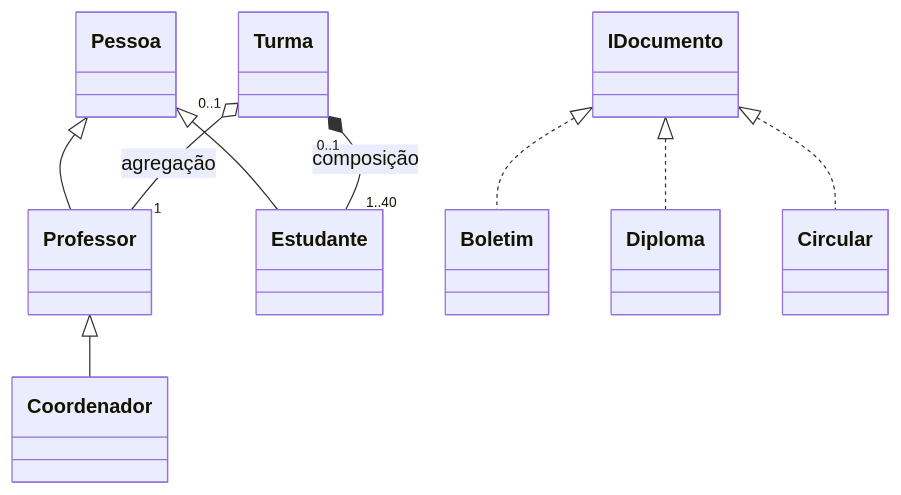
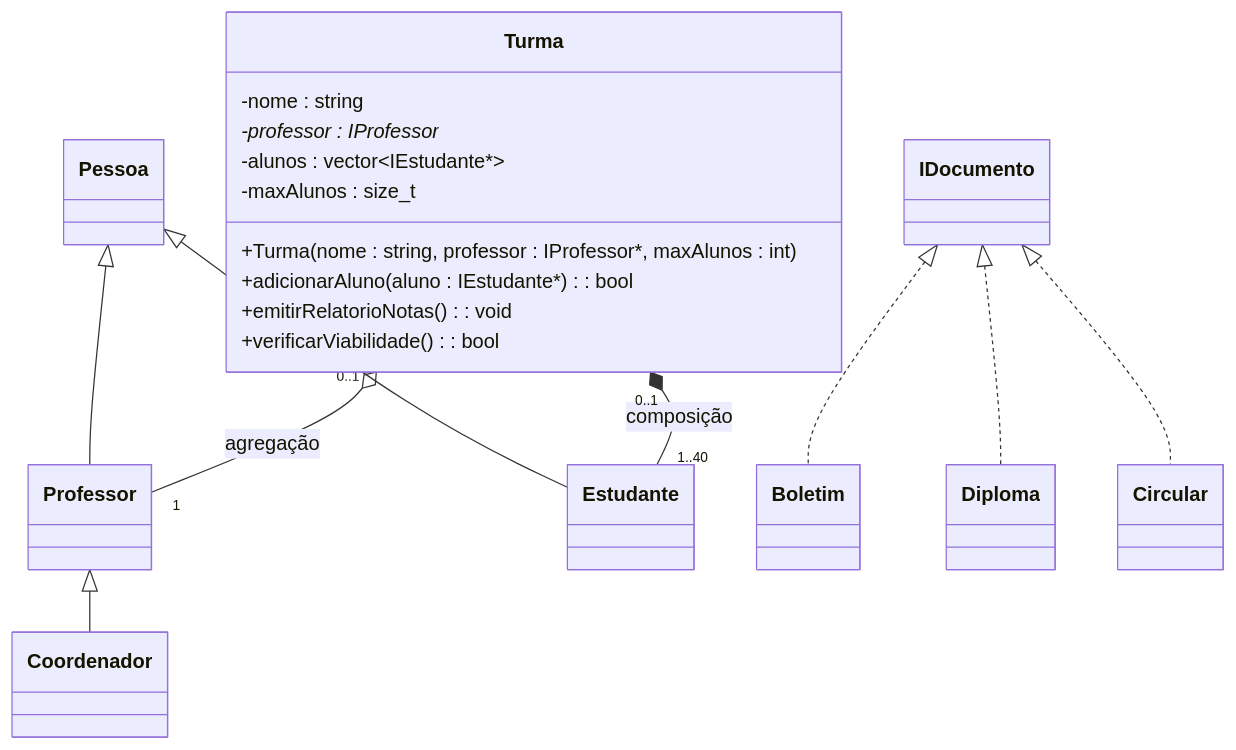
Before and after one commit to educsantos/sga: the diagram in docs/diagrama_de_classe.mermaid, drawn with Mermaid.

Commit message:
Alterado o diagrama de classe. Acrescentei a definição da classe Turma.

```diff
--- a/docs/diagrama_de_classe.mermaid
+++ b/docs/diagrama_de_classe.mermaid
@@ -1,17 +1,29 @@
 classDiagram
 
 Pessoa <|-- Professor
 Pessoa <|-- Estudante
 Professor <|-- Coordenador
 Turma "0..1" o-- "1" Professor : agregação
 Turma "0..1" *-- "1..40" Estudante : composição
 
 %% Comentário: Uma turma é considerada viável se tiver pelo menos 20 estudantes matriculados.
   %% Essa lógica será implementada no método verificarViabilidade() da classe Turma.
 
 %% Documentos do Estudante
 IDocumento <|.. Boletim
 IDocumento <|.. Diploma
 
 %% Documentos Institucionais
 IDocumento <|.. Circular
+
+
+    class Turma {
+        -nome : string
+        -professor : IProfessor*
+        -alunos : vector~IEstudante*~
+        -maxAlunos : size_t
+        +Turma(nome : string, professor : IProfessor*, maxAlunos : int)
+        +adicionarAluno(aluno : IEstudante*) : bool
+        +emitirRelatorioNotas() : void
+	+verificarViabilidade() : bool
+    }
```
